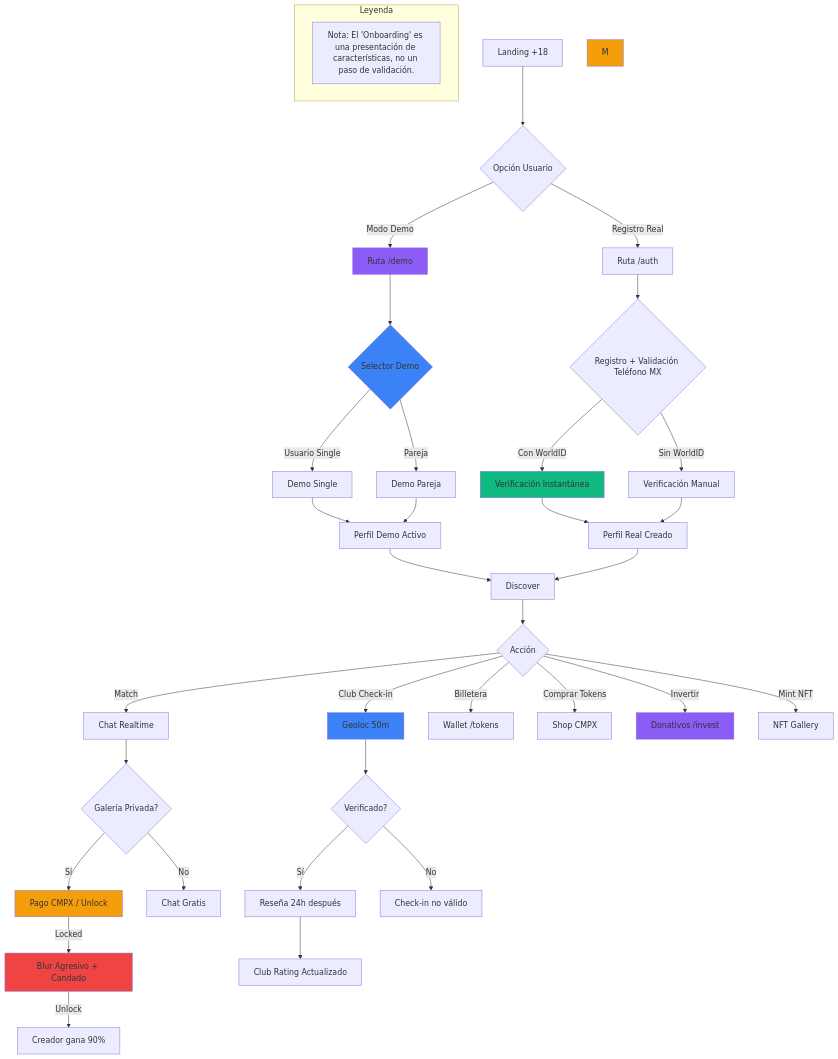
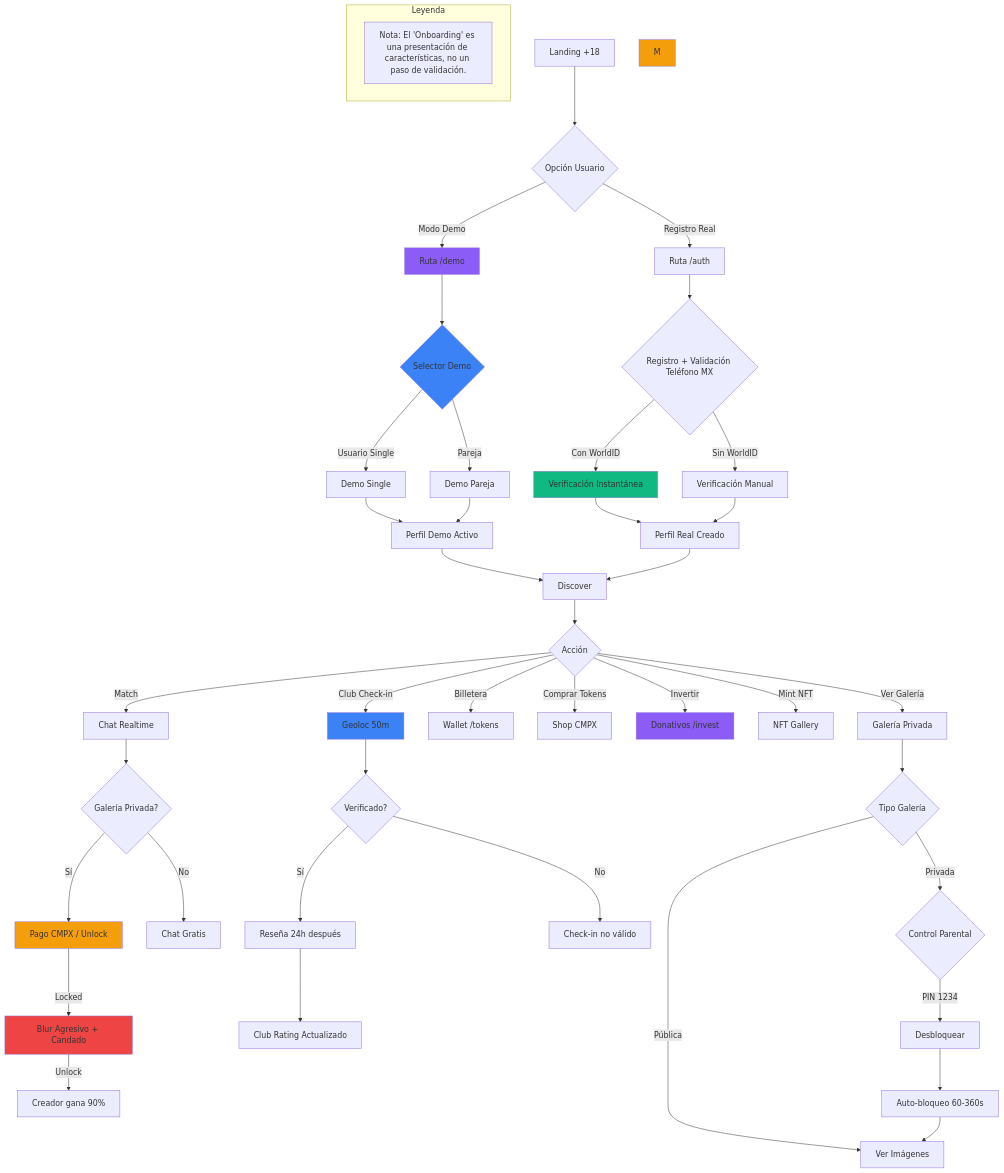
One commit to Complicessconecta/ComplicesConecta changed the first of 6 diagrams in DIAGRAMAS_FLUJOS_v3.5.0.md. Above: the diagram before and after it, drawn with Mermaid. The commit also changed other lines of this file and 5 other files, not shown here.

````diff
--- a/DIAGRAMAS_FLUJOS_v3.5.0.md
+++ b/DIAGRAMAS_FLUJOS_v3.5.0.md
@@ -11,57 +11,66 @@
 ```mermaid
 flowchart TD
     A[Landing +18] --> B{Opción Usuario}
     B -->|Modo Demo| C[Ruta /demo]
     B -->|Registro Real| D[Ruta /auth]
 
     C --> E{Selector Demo}
     E -->|Usuario Single| F[Demo Single]
     E -->|Pareja| G[Demo Pareja]
 
     F --> H[Perfil Demo Activo]
     G --> H
 
     D --> I{Registro + Validación Teléfono MX}
     I -->|Con WorldID| J[Verificación Instantánea]
     I -->|Sin WorldID| K[Verificación Manual]
 
     J --> O[Perfil Real Creado]
     K --> O
 
     subgraph Leyenda
         direction LR
         Note1[Nota: El 'Onboarding' es una presentación de características, no un paso de validación.]
     end
 
     H --> P[Discover]
     O --> P
 
     P --> Q{Acción}
     Q -->|Match| R[Chat Realtime]
     Q -->|Club Check-in| S[Geoloc 50m]
     Q -->|Billetera| WT[Wallet /tokens]
     Q -->|Comprar Tokens| T[Shop CMPX]
     Q -->|Invertir| U[Donativos /invest]
     Q -->|Mint NFT| N1[NFT Gallery]
+    Q -->|Ver Galería| GAL[Galería Privada]
+
+    GAL --> GC{Tipo Galería}
+    GC -->|Pública| GP[Ver Imágenes]
+    GC -->|Privada| GPC{Control Parental}
+
+    GPC -->|PIN 1234| GPD[Desbloquear]
+    GPD --> GPT[Auto-bloqueo 60-360s]
+    GPT --> GP
 
     S --> V{Verificado?}
     V -->|Sí| W[Reseña 24h después]
     V -->|No| X[Check-in no válido]
 
     R --> Y{Galería Privada?}
     Y -->|Sí| Z[Pago CMPX / Unlock]
     Y -->|No| AA[Chat Gratis]
 
     Z -->|Locked| BLUR[Blur Agresivo + Candado]
     BLUR -->|Unlock| AB[Creador gana 90%]
     W --> AC[Club Rating Actualizado]
 
     style C fill:#8b5cf6
     style E fill:#3b82f6
     style J fill:#10b981
     style M fill:#f59e0b
     style S fill:#3b82f6
     style Z fill:#f59e0b
     style U fill:#8b5cf6
     style BLUR fill:#ef4444
 ```
````
